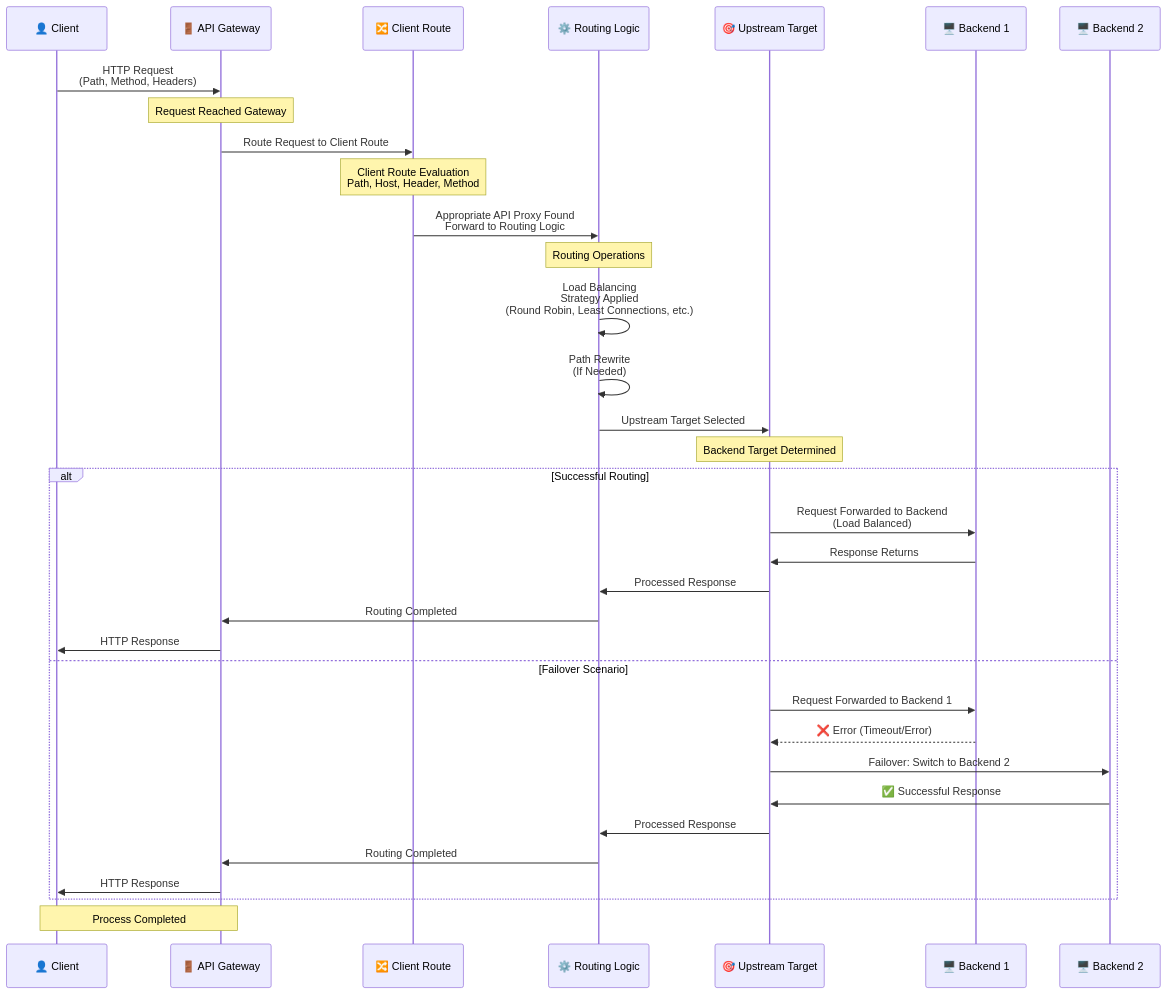
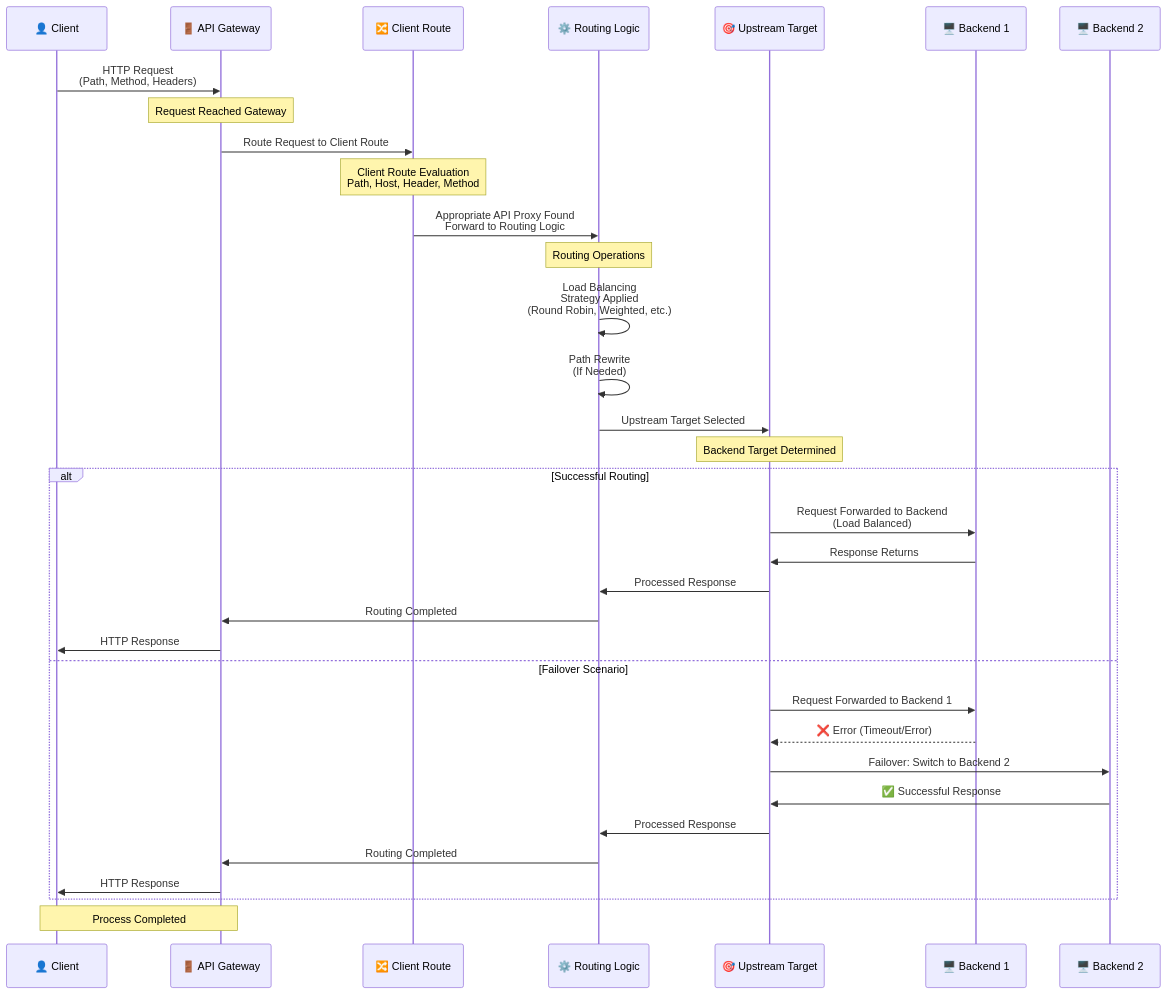
Before and after one commit to apinizer/docs: the diagram in en/concepts/core-concepts/routing-and-upstream.mdx, drawn with Mermaid. The commit also changed other lines of this file and 134 other files, not shown here.

````diff
--- a/en/concepts/core-concepts/routing-and-upstream.mdx
+++ b/en/concepts/core-concepts/routing-and-upstream.mdx
@@ -26,48 +26,48 @@
 ```mermaid
 sequenceDiagram
     participant Client as 👤 Client
     participant Gateway as 🚪 API Gateway
     participant ClientRoute as 🔀 Client Route
     participant RoutingLogic as ⚙️ Routing Logic
     participant Upstream as 🎯 Upstream Target
     participant Backend1 as 🖥️ Backend 1
     participant Backend2 as 🖥️ Backend 2
     
     Client->>Gateway: HTTP Request<br/>(Path, Method, Headers)
     
     Note over Gateway: Request Reached Gateway
     
     Gateway->>ClientRoute: Route Request to Client Route
     
     Note over ClientRoute: Client Route Evaluation<br/>Path, Host, Header, Method
     
     ClientRoute->>RoutingLogic: Appropriate API Proxy Found<br/>Forward to Routing Logic
     
     Note over RoutingLogic: Routing Operations
     
-    RoutingLogic->>RoutingLogic: Load Balancing<br/>Strategy Applied<br/>(Round Robin, Least Connections, etc.)
+    RoutingLogic->>RoutingLogic: Load Balancing<br/>Strategy Applied<br/>(Round Robin, Weighted, etc.)
     
     RoutingLogic->>RoutingLogic: Path Rewrite<br/>(If Needed)
     
     RoutingLogic->>Upstream: Upstream Target Selected
     
     Note over Upstream: Backend Target Determined
     
     alt Successful Routing
         Upstream->>Backend1: Request Forwarded to Backend<br/>(Load Balanced)
         Backend1->>Upstream: Response Returns
         Upstream->>RoutingLogic: Processed Response
         RoutingLogic->>Gateway: Routing Completed
         Gateway->>Client: HTTP Response
     else Failover Scenario
         Upstream->>Backend1: Request Forwarded to Backend 1
         Backend1-->>Upstream: ❌ Error (Timeout/Error)
         Upstream->>Backend2: Failover: Switch to Backend 2
         Backend2->>Upstream: ✅ Successful Response
         Upstream->>RoutingLogic: Processed Response
         RoutingLogic->>Gateway: Routing Completed
         Gateway->>Client: HTTP Response
     end
     
     Note over Client,Gateway: Process Completed
 ```
````
